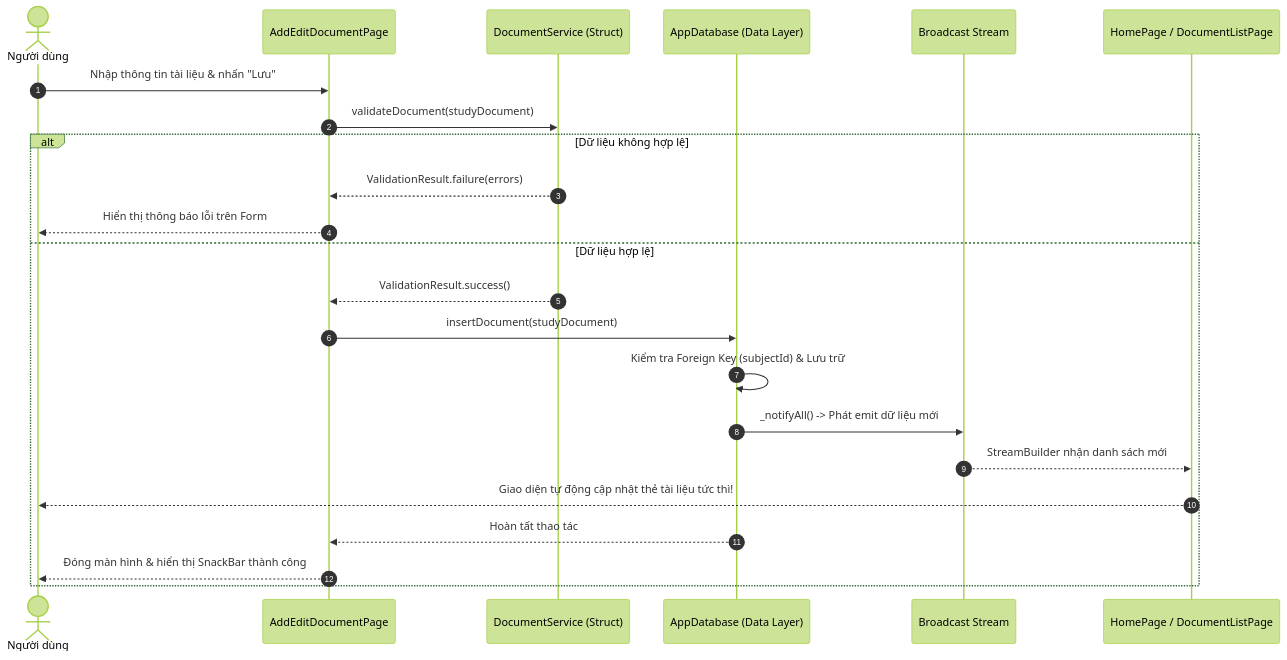
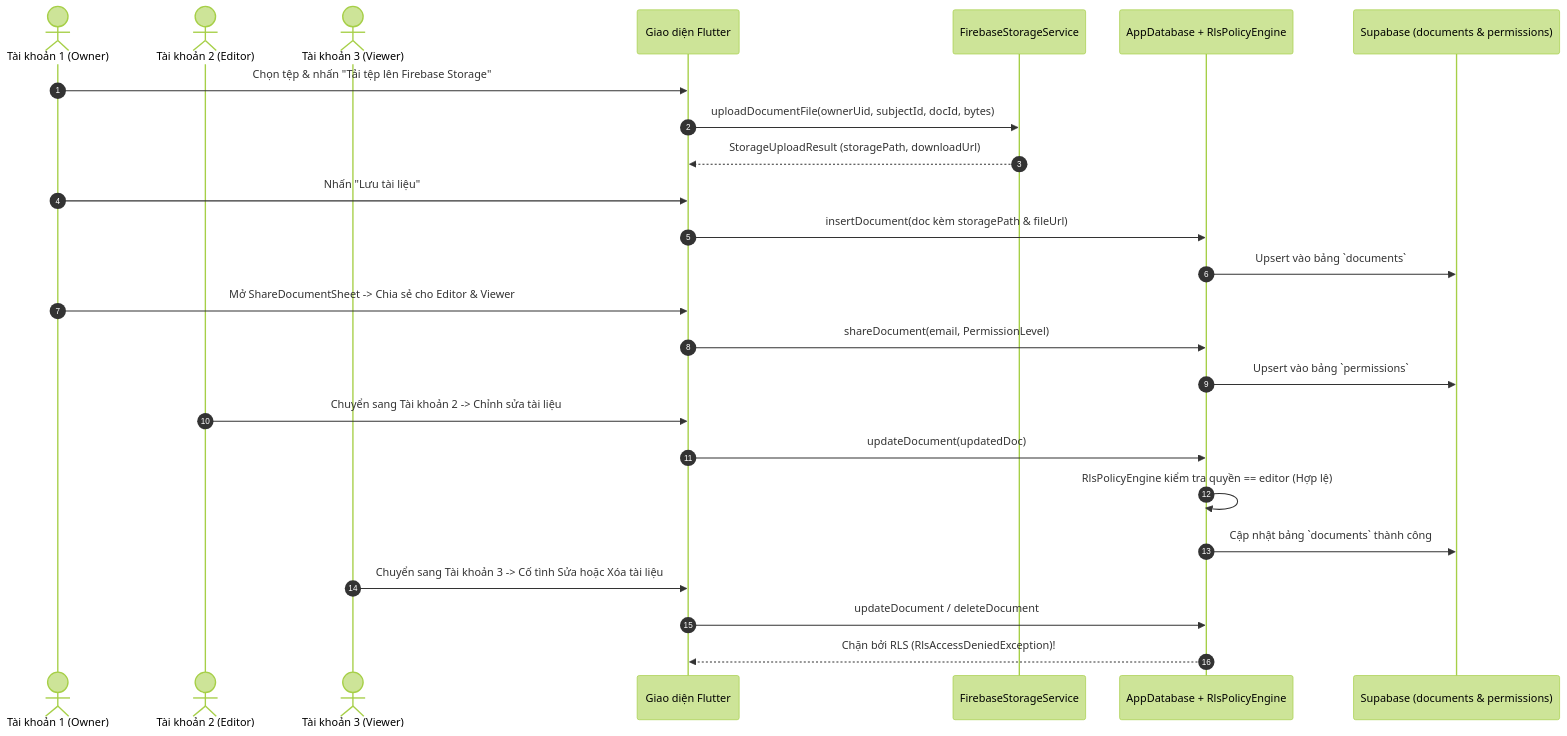
One commit to LuvAbyss/Study-Document-Manager changed the third of 5 diagrams in ARCHITECTURE_REPORT.md. Above: the diagram before and after it, drawn with Mermaid (forest theme). The commit also changed other lines of this file and 32 other files, not shown here.

````diff
--- a/ARCHITECTURE_REPORT.md
+++ b/ARCHITECTURE_REPORT.md
@@ -102,26 +117,30 @@
 ```mermaid
 sequenceDiagram
     autonumber
-    actor User as Người dùng
-    participant UI as AddEditDocumentPage
-    participant Service as DocumentService (Struct)
-    participant DB as AppDatabase (Data Layer)
-    participant Stream as Broadcast Stream
-    participant Home as HomePage / DocumentListPage
+    actor Owner as Tài khoản 1 (Owner)
+    actor Editor as Tài khoản 2 (Editor)
+    actor Viewer as Tài khoản 3 (Viewer)
+    participant UI as Giao diện Flutter
+    participant Storage as FirebaseStorageService
+    participant DB as AppDatabase + RlsPolicyEngine
+    participant Supa as Supabase (documents & permissions)
 
-    User->>UI: Nhập thông tin tài liệu & nhấn "Lưu"
-    UI->>Service: validateDocument(studyDocument)
-    alt Dữ liệu không hợp lệ
-        Service-->>UI: ValidationResult.failure(errors)
-        UI-->>User: Hiển thị thông báo lỗi trên Form
-    else Dữ liệu hợp lệ
-        Service-->>UI: ValidationResult.success()
-        UI->>DB: insertDocument(studyDocument)
-        DB->>DB: Kiểm tra Foreign Key (subjectId) & Lưu trữ
-        DB->>Stream: _notifyAll() -> Phát emit dữ liệu mới
-        Stream-->>Home: StreamBuilder nhận danh sách mới
-        Home-->>User: Giao diện tự động cập nhật thẻ tài liệu tức thì!
-        DB-->>UI: Hoàn tất thao tác
-        UI-->>User: Đóng màn hình & hiển thị SnackBar thành công
-    end
+    Owner->>UI: Chọn tệp & nhấn "Tải tệp lên Firebase Storage"
+    UI->>Storage: uploadDocumentFile(ownerUid, subjectId, docId, bytes)
+    Storage-->>UI: StorageUploadResult (storagePath, downloadUrl)
+    Owner->>UI: Nhấn "Lưu tài liệu"
+    UI->>DB: insertDocument(doc kèm storagePath & fileUrl)
+    DB->>Supa: Upsert vào bảng `documents`
+    Owner->>UI: Mở ShareDocumentSheet -> Chia sẻ cho Editor & Viewer
+    UI->>DB: shareDocument(email, PermissionLevel)
+    DB->>Supa: Upsert vào bảng `permissions`
+
+    Editor->>UI: Chuyển sang Tài khoản 2 -> Chỉnh sửa tài liệu
+    UI->>DB: updateDocument(updatedDoc)
+    DB->>DB: RlsPolicyEngine kiểm tra quyền == editor (Hợp lệ)
+    DB->>Supa: Cập nhật bảng `documents` thành công
+
+    Viewer->>UI: Chuyển sang Tài khoản 3 -> Cố tình Sửa hoặc Xóa tài liệu
+    UI->>DB: updateDocument / deleteDocument
+    DB-->>UI: Chặn bởi RLS (RlsAccessDeniedException)!
 ```
````
